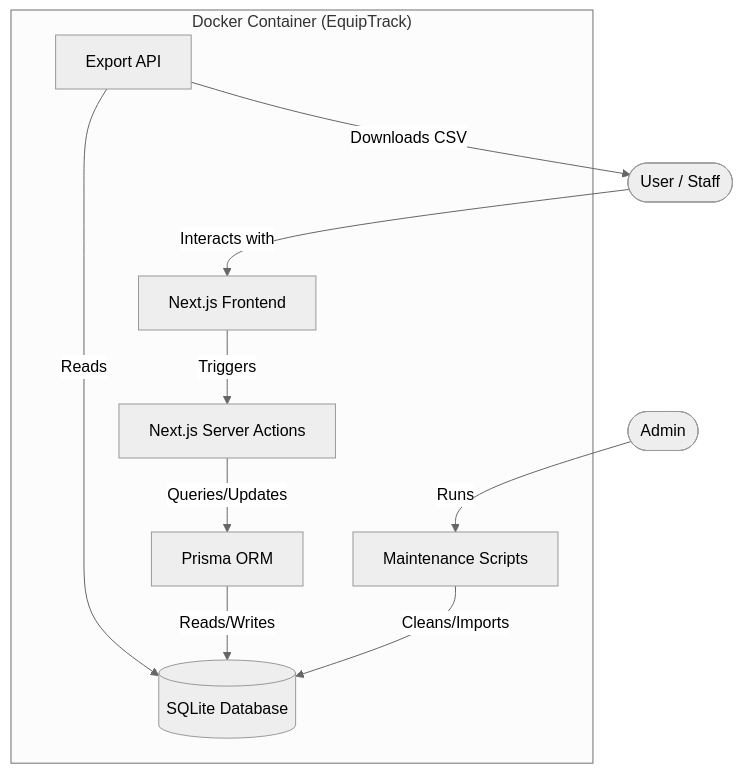
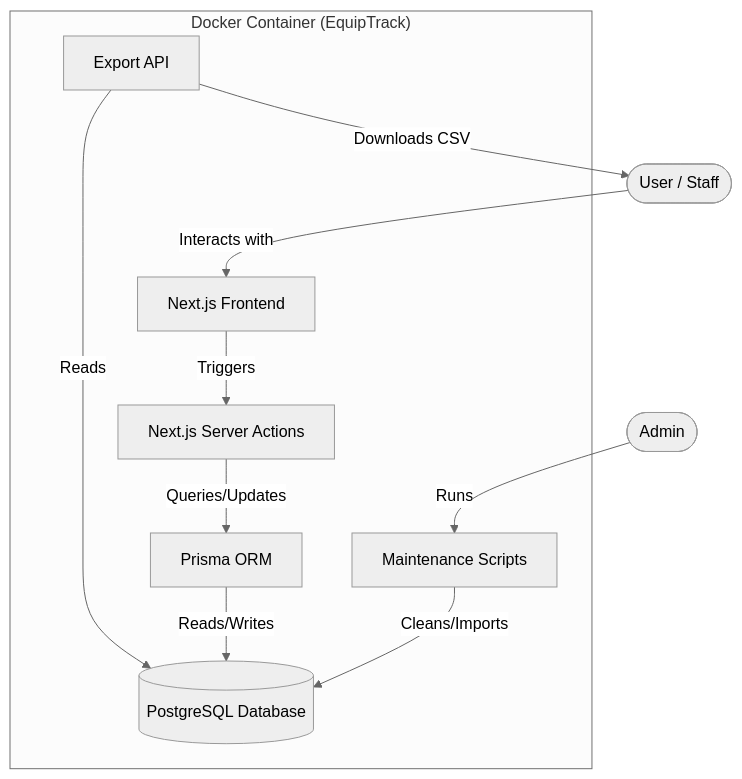
Before and after one commit to teamturnersolutions/bjs-equiptrack-demo: the diagram in systemFlow.md, drawn with Mermaid (neutral theme). The commit also changed other lines of this file and 4 other files, not shown here.

````diff
--- a/systemFlow.md
+++ b/systemFlow.md
@@ -9,22 +8,22 @@
 ```mermaid
 graph TD
     User([User / Staff]) -->|Interacts with| WebUI[Next.js Frontend]
     WebUI -->|Triggers| Actions[Next.js Server Actions]
     Actions -->|Queries/Updates| Prisma[Prisma ORM]
-    Prisma -->|Reads/Writes| SQLite[(SQLite Database)]
+    Prisma -->|Reads/Writes| PostgreSQL[(PostgreSQL Database)]
 
     subgraph DockerContainer ["Docker Container (EquipTrack)"]
         WebUI
         Actions
         Prisma
-        SQLite
+        PostgreSQL
         Scripts[Maintenance Scripts]
         ExportAPI[Export API]
     end
 
-    Scripts -->|Cleans/Imports| SQLite
-    ExportAPI -->|Reads| SQLite
+    Scripts -->|Cleans/Imports| PostgreSQL
+    ExportAPI -->|Reads| PostgreSQL
     ExportAPI -->|Downloads CSV| User
 
     Admin([Admin]) -->|Runs| Scripts
 ```
````
